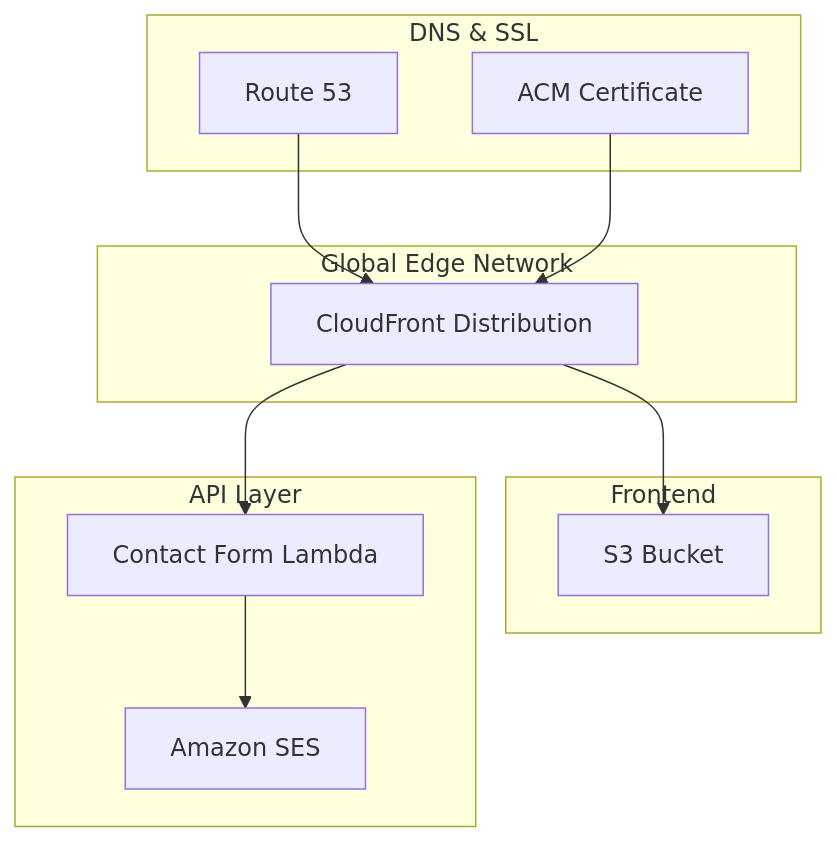
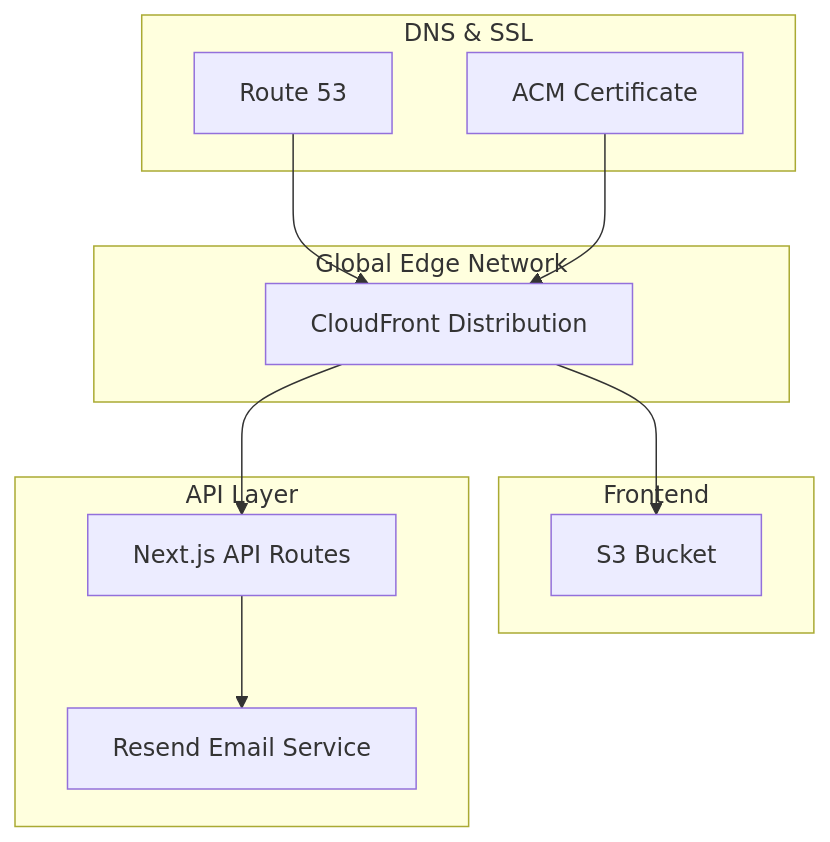
One commit to BjornMelin/bjornmelin-platform-io changed the first of 3 diagrams in README.md. Above: the diagram before and after it, drawn with Mermaid. The commit also changed other lines of this file and 19 other files, not shown here.

First line of the commit message:
feat: migrate email notifications to Resend API

````diff
--- a/README.md
+++ b/README.md
@@ -85,26 +85,26 @@
 ```mermaid
 graph TB
     subgraph "Global Edge Network"
         CF[CloudFront Distribution]
     end
 
     subgraph "Frontend"
         S3[S3 Bucket]
         CF --> S3
     end
 
     subgraph "API Layer"
-        LAMBDA[Contact Form Lambda]
-        SES[Amazon SES]
+        API[Next.js API Routes]
+        RESEND[Resend Email Service]
     end
 
     subgraph "DNS & SSL"
         R53[Route 53]
         ACM[ACM Certificate]
     end
 
-    CF --> LAMBDA
-    LAMBDA --> SES
+    CF --> API
+    API --> RESEND
     R53 --> CF
     ACM --> CF
 ```
````
